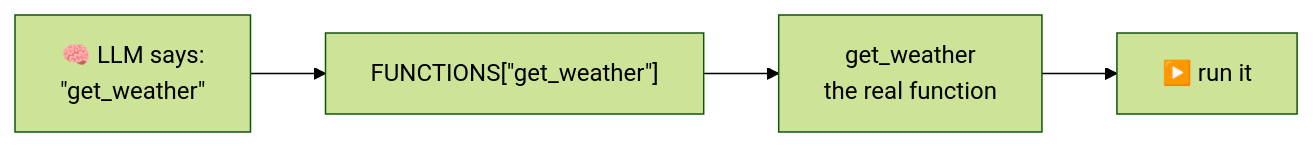
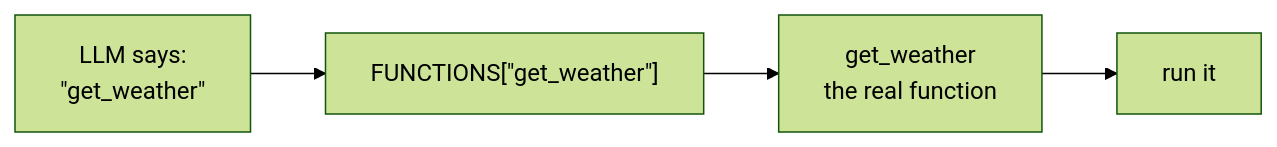
Diagram 18 of 36 in README.md (anandgaur22/ai-agent-python-demo), drawn with Mermaid (forest theme) before and after one commit. The commit also changed other lines of this file, not shown here.

````diff
--- a/README.md
+++ b/README.md
@@ -1198,4 +1196,4 @@
 ```mermaid
 flowchart LR
-  A["🧠 LLM says:<br/>#quot;get_weather#quot;"] --> B["FUNCTIONS[#quot;get_weather#quot;]"] --> C["get_weather<br/>the real function"] --> D["▶️ run it"]
+  A["LLM says:<br/>#quot;get_weather#quot;"] --> B["FUNCTIONS[#quot;get_weather#quot;]"] --> C["get_weather<br/>the real function"] --> D["run it"]
 ```
````
